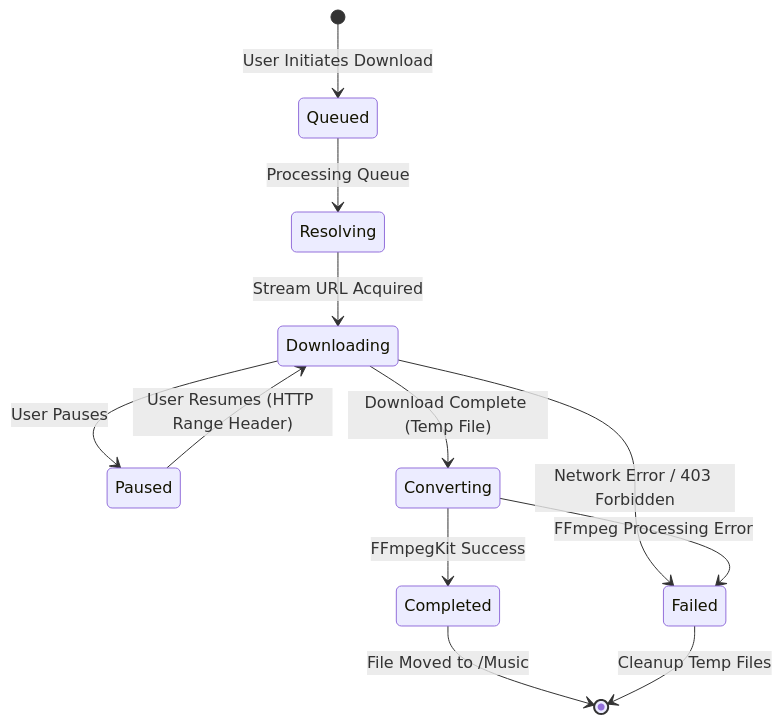
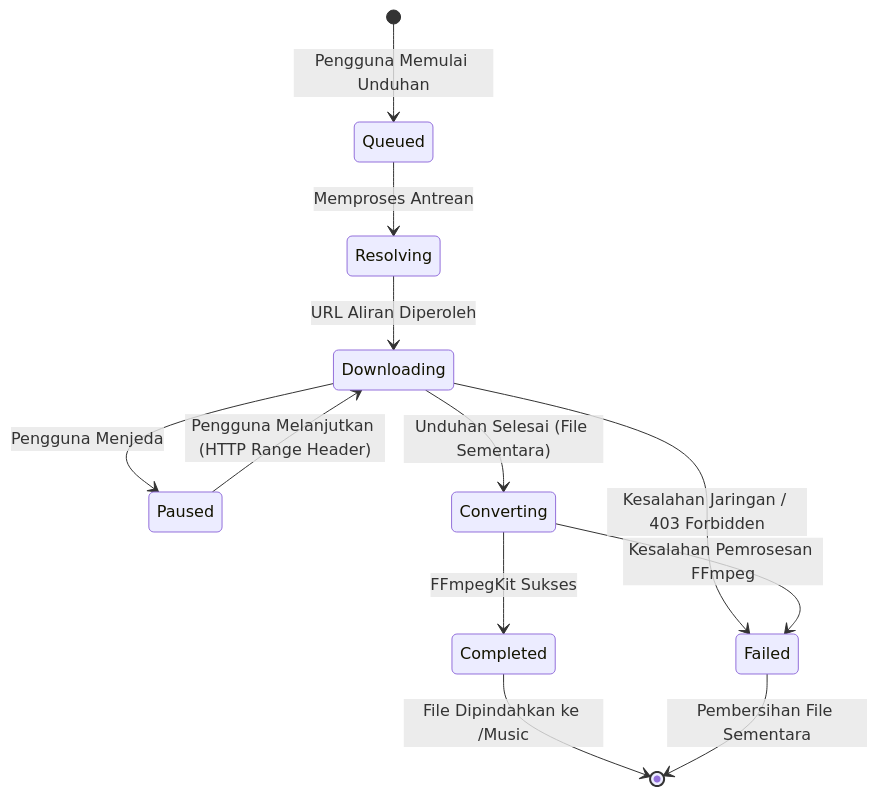
One commit to mezuuu/Aetheris changed the second of 2 diagrams in README.md. Above: the diagram before and after it, drawn with Mermaid. The commit also changed other lines of this file, not shown here.

````diff
--- a/README.md
+++ b/README.md
@@ -99,18 +99,18 @@
 ```mermaid
 stateDiagram-v2
-    [*] --> Queued : User Initiates Download
-    Queued --> Resolving : Processing Queue
-    Resolving --> Downloading : Stream URL Acquired
+    [*] --> Queued : Pengguna Memulai Unduhan
+    Queued --> Resolving : Memproses Antrean
+    Resolving --> Downloading : URL Aliran Diperoleh
     
-    Downloading --> Paused : User Pauses
-    Paused --> Downloading : User Resumes (HTTP Range Header)
+    Downloading --> Paused : Pengguna Menjeda
+    Paused --> Downloading : Pengguna Melanjutkan (HTTP Range Header)
     
-    Downloading --> Converting : Download Complete (Temp File)
-    Converting --> Completed : FFmpegKit Success
+    Downloading --> Converting : Unduhan Selesai (File Sementara)
+    Converting --> Completed : FFmpegKit Sukses
     
-    Downloading --> Failed : Network Error / 403 Forbidden
-    Converting --> Failed : FFmpeg Processing Error
+    Downloading --> Failed : Kesalahan Jaringan / 403 Forbidden
+    Converting --> Failed : Kesalahan Pemrosesan FFmpeg
     
-    Completed --> [*] : File Moved to /Music
-    Failed --> [*] : Cleanup Temp Files
+    Completed --> [*] : File Dipindahkan ke /Music
+    Failed --> [*] : Pembersihan File Sementara
 ```
````
